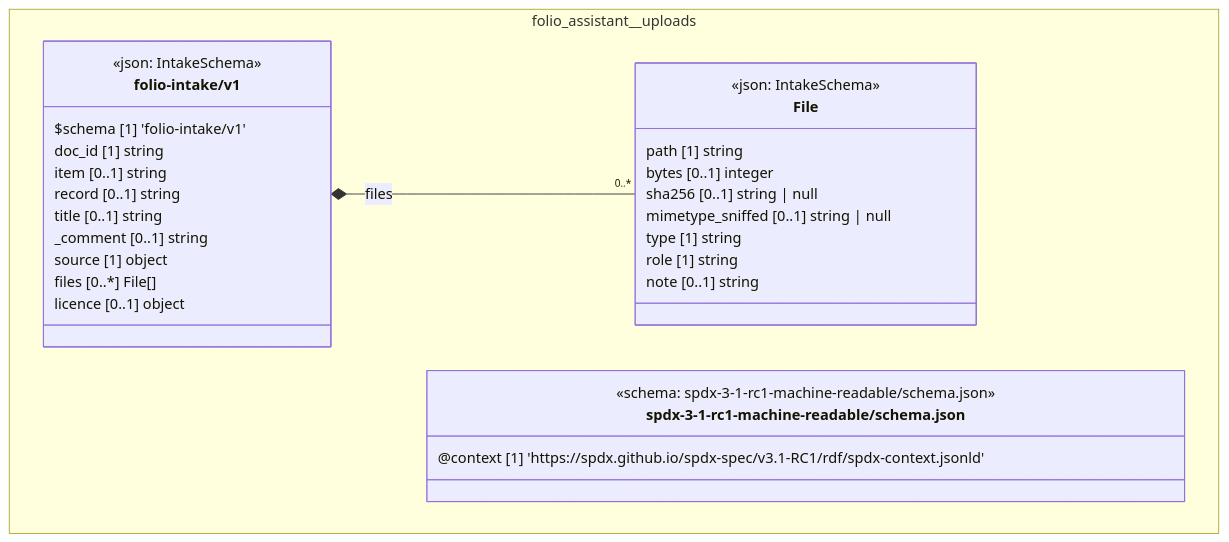
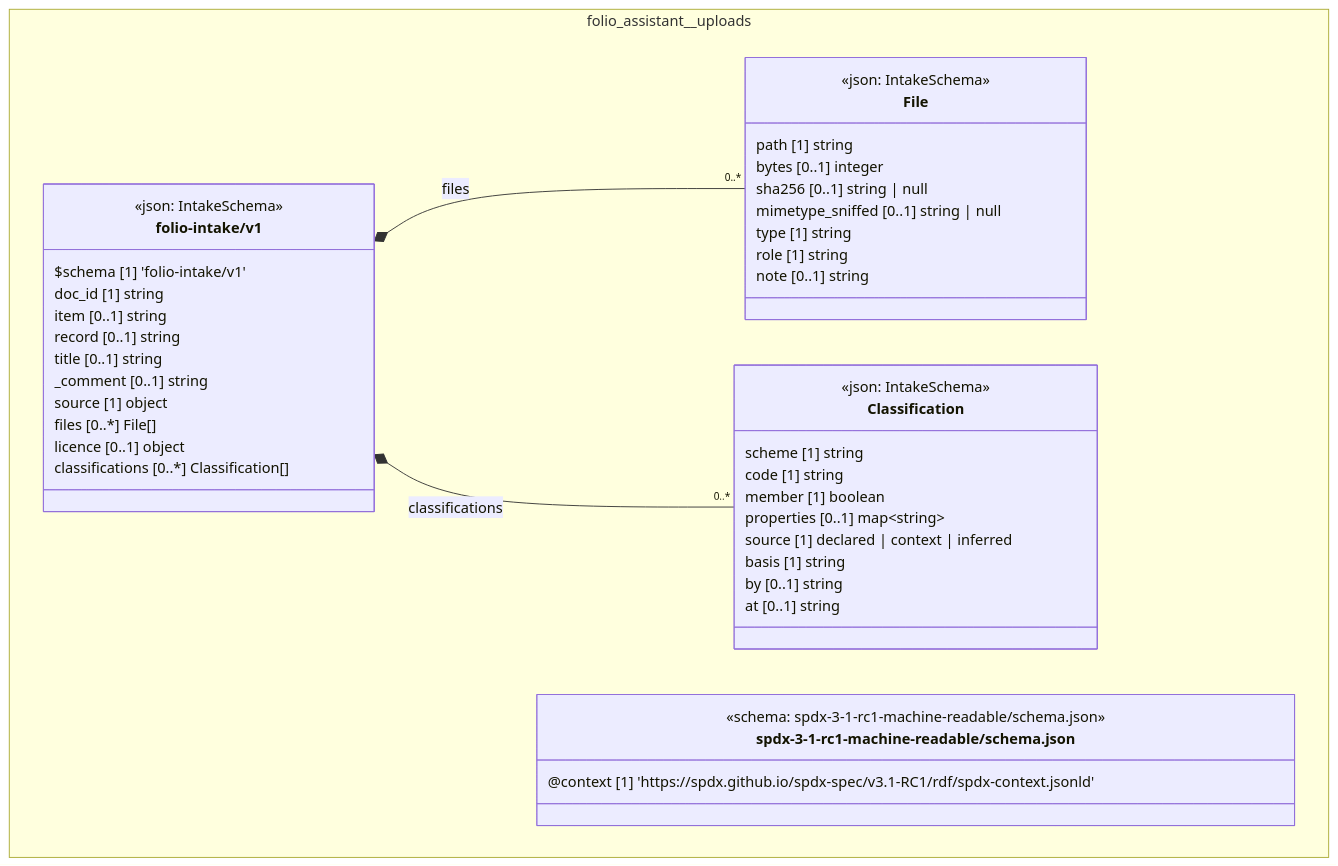
One commit to litlfred/folio-assistant changed the diagram in cat-harness/uml/overview/folio-assistant/uploads.mmd. Above: the diagram before and after it, drawn with Mermaid. The commit also changed 62 other files, not shown here.

First line of the commit message:
Regenerate derived artefacts for the intake classifications and skill edits (skill:register)

```diff
--- a/cat-harness/uml/overview/folio-assistant/uploads.mmd
+++ b/cat-harness/uml/overview/folio-assistant/uploads.mmd
@@ -1,34 +1,48 @@
 classDiagram
   direction TB
   namespace folio_assistant__uploads {
     class folio_assistant_uploads_folio_intake_v1_File["File"] {
       <<json: IntakeSchema>>
       path [1] string
       bytes [0..1] integer
       sha256 [0..1] string | null
       mimetype_sniffed [0..1] string | null
       type [1] string
       role [1] string
       note [0..1] string
     }
+    class folio_assistant_uploads_folio_intake_v1_Classification["Classification"] {
+      <<json: IntakeSchema>>
+      scheme [1] string
+      code [1] string
+      member [1] boolean
+      properties [0..1] map~string~
+      source [1] declared | context | inferred
+      basis [1] string
+      by [0..1] string
+      at [0..1] string
+    }
     class folio_assistant_uploads_folio_intake_v1_folio_intake_v1["folio-intake/v1"] {
       <<json: IntakeSchema>>
       $schema [1] 'folio-intake/v1'
       doc_id [1] string
       item [0..1] string
       record [0..1] string
       title [0..1] string
       _comment [0..1] string
       source [1] object
       files [0..*] File[]
       licence [0..1] object
+      classifications [0..*] Classification[]
     }
     class folio_assistant_uploads_spdx_3_1_rc1_machine_readable_schema_json_spdx_3_1_rc1_machine_readable_schema_json["spdx-3-1-rc1-machine-readable/schema.json"] {
       <<schema: spdx-3-1-rc1-machine-readable/schema.json>>
       @context [1] 'https://spdx.github.io/spdx-spec/v3.1-RC1/rdf/spdx-context.jsonld'
     }
   }
   folio_assistant_uploads_folio_intake_v1_folio_intake_v1 *-- "0..*" folio_assistant_uploads_folio_intake_v1_File : files
+  folio_assistant_uploads_folio_intake_v1_folio_intake_v1 *-- "0..*" folio_assistant_uploads_folio_intake_v1_Classification : classifications
   cssClass "folio_assistant_uploads_folio_intake_v1_File" fa_uml_kind_uploads
+  cssClass "folio_assistant_uploads_folio_intake_v1_Classification" fa_uml_kind_uploads
   cssClass "folio_assistant_uploads_folio_intake_v1_folio_intake_v1" fa_uml_kind_uploads
   cssClass "folio_assistant_uploads_spdx_3_1_rc1_machine_readable_schema_json_spdx_3_1_rc1_machine_readable_schema_json" fa_uml_kind_uploads
```
